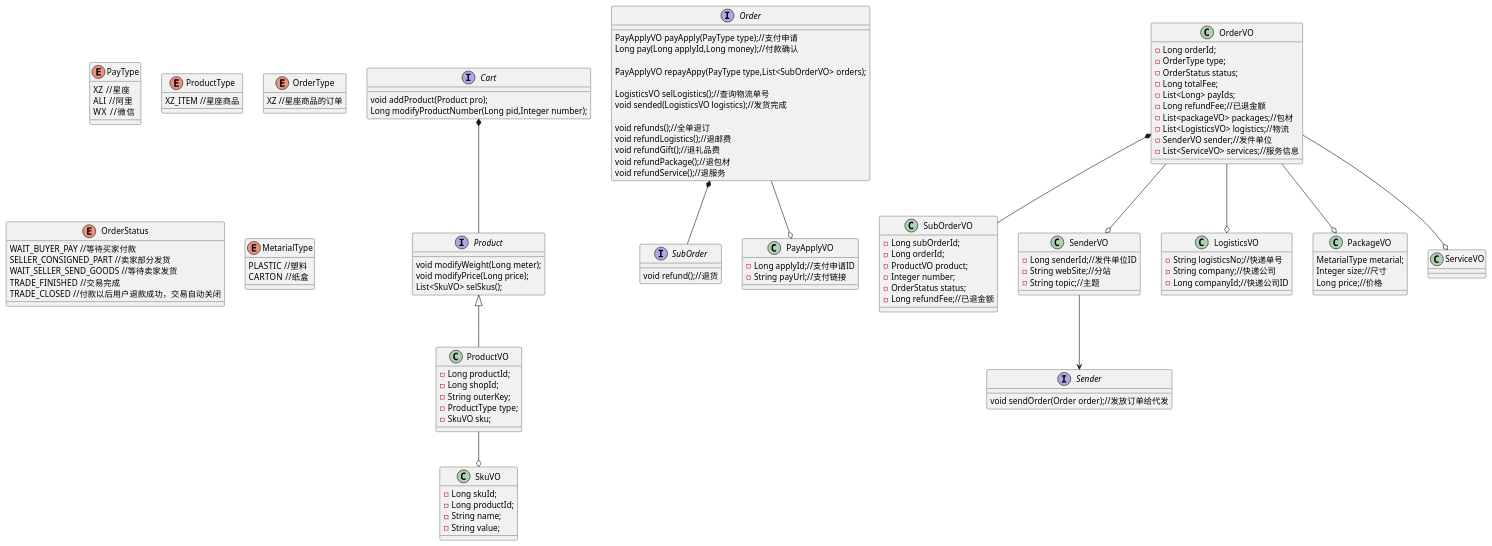
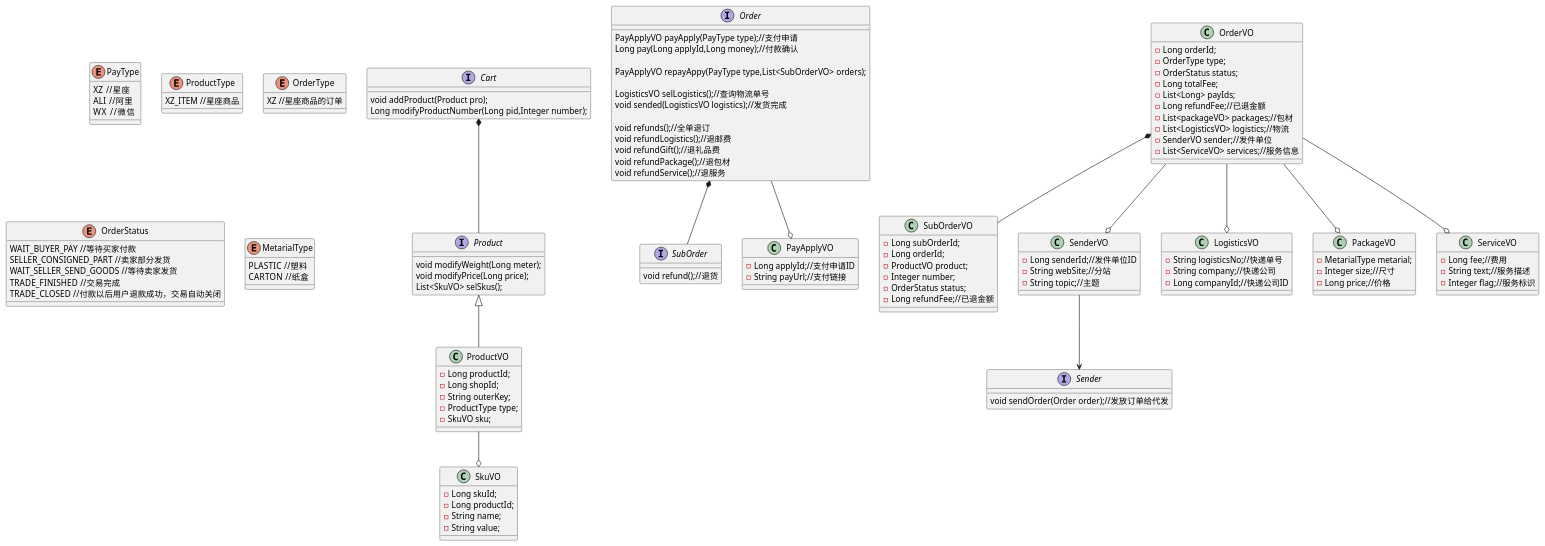
One commit to pogy/main-pom changed the diagram in main4-order/main4-order-api/src/main/resources/orderClass.puml. Above: the diagram before and after it, drawn with PlantUML.

Commit message:
订单原型

```diff
--- a/main4-order/main4-order-api/src/main/resources/orderClass.puml
+++ b/main4-order/main4-order-api/src/main/resources/orderClass.puml
@@ -1,144 +1,146 @@
 @startuml
 enum PayType{
 XZ  //星座
 ALI  //阿里
 WX   //微信
 }
 interface Cart{
 void addProduct(Product pro);
 Long modifyProductNumber(Long pid,Integer number);
 }
 interface Order{
 PayApplyVO payApply(PayType type);//支付申请
 Long pay(Long applyId,Long money);//付款确认
 
 PayApplyVO repayAppy(PayType type,List<SubOrderVO> orders);
 
 LogisticsVO selLogistics();//查询物流单号
 void sended(LogisticsVO logistics);//发货完成
 
 void refunds();//全单退订
 void refundLogistics();//退邮费
 void refundGift();//退礼品费
 void refundPackage();//退包材
 void refundService();//退服务
 }
 interface SubOrder{
 void refund();//退货
 
 }
 interface Product{
 void modifyWeight(Long meter);
 void modifyPrice(Long price);
 List<SkuVO> selSkus();
 }
 interface Sender{
 void sendOrder(Order order);//发放订单给代发
 }
 
 class OrderVO{
 -Long orderId;
 -OrderType type;
 -OrderStatus status;
 -Long totalFee;
 -List<Long> payIds;
 -Long refundFee;//已退金额
 -List<packageVO> packages;//包材
 -List<LogisticsVO> logistics;//物流
 -SenderVO sender;//发件单位
 -List<ServiceVO> services;//服务信息
 }
 
 class SubOrderVO{
 -Long subOrderId;
 -Long orderId;
 -ProductVO product;
 -Integer number;
 -OrderStatus status;
 -Long refundFee;//已退金额
 }
 
 enum ProductType{
 XZ_ITEM //星座商品
 
 }
 
 enum OrderType{
 XZ //星座商品的订单
 
 }
 
 enum OrderStatus{
 WAIT_BUYER_PAY //等待买家付款
 SELLER_CONSIGNED_PART //卖家部分发货
 WAIT_SELLER_SEND_GOODS //等待卖家发货
 TRADE_FINISHED  //交易完成
 TRADE_CLOSED  //付款以后用户退款成功，交易自动关闭
 
 }
 
 enum MetarialType{
 PLASTIC  //塑料
 CARTON  //纸盒
 }
 
 class ProductVO{
 -Long productId;
 -Long shopId;
 -String outerKey;
 -ProductType type;
 -SkuVO sku;
 }
 
 class SkuVO{
 -Long skuId;
 -Long productId;
 -String name;
 -String value;
 }
 
 class PayApplyVO{
 -Long applyId;//支付申请ID
 -String payUrl;//支付链接
 }
 
 class SenderVO{
 -Long senderId;//发件单位ID
 -String webSite;//分站
 -String topic;//主题
 }
 
 class LogisticsVO{
 -String logisticsNo;//快递单号
 -String company;//快递公司
 -Long companyId;//快递公司ID
 }
 
 class PackageVO{
-MetarialType metarial;
-Integer size;//尺寸
-Long price;//价格
+-MetarialType metarial;
+-Integer size;//尺寸
+-Long price;//价格
 }
 
 class ServiceVO{
-
+-Long fee;//费用
+-String text;//服务描述
+-Integer flag;//服务标识
 }
 
 Cart *-- Product
 Product <|-- ProductVO
 ProductVO --o SkuVO
 
 Order *-- SubOrder
 OrderVO *-- SubOrderVO
 OrderVO --o ServiceVO
 
 OrderVO --o SenderVO
 OrderVO --o PackageVO
 OrderVO --o LogisticsVO
 
 Order --o PayApplyVO
 
 SenderVO --> Sender
 
 
 @enduml
```
